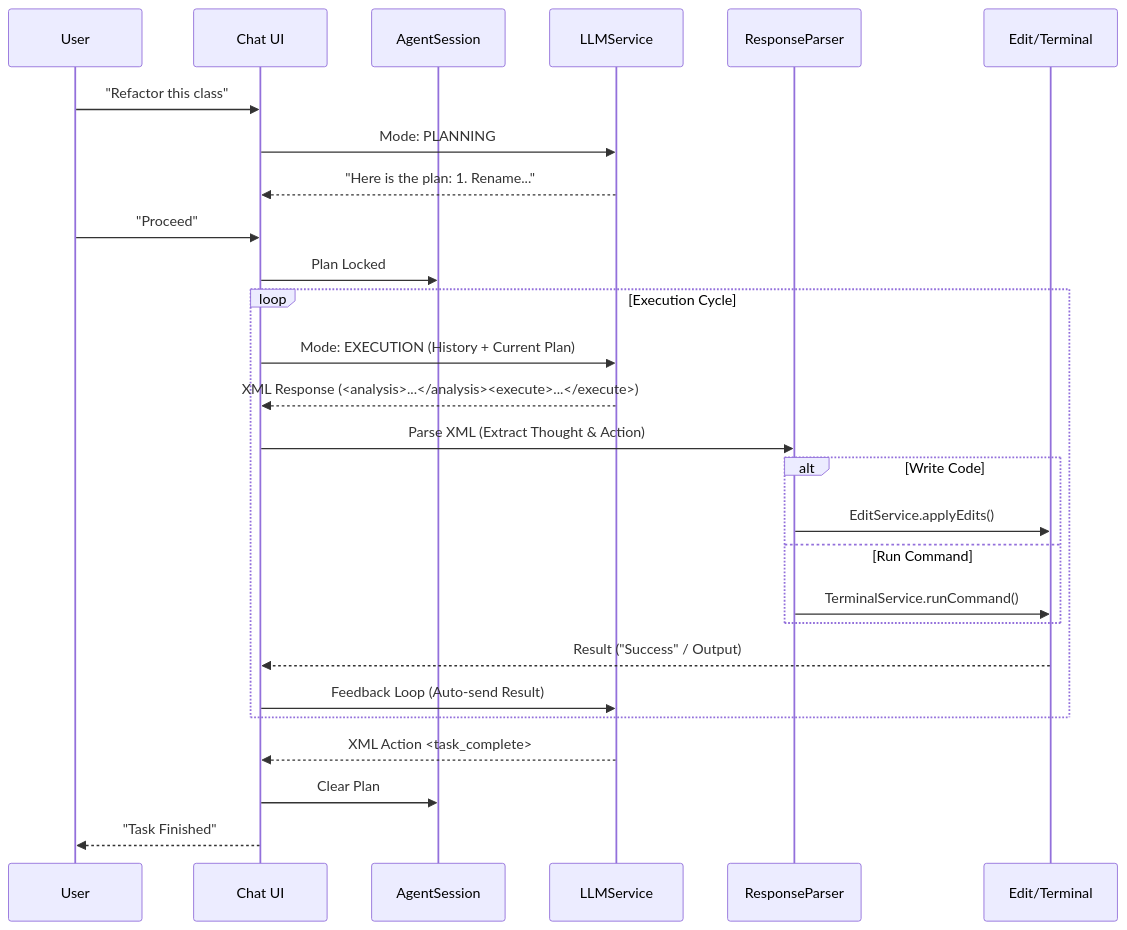
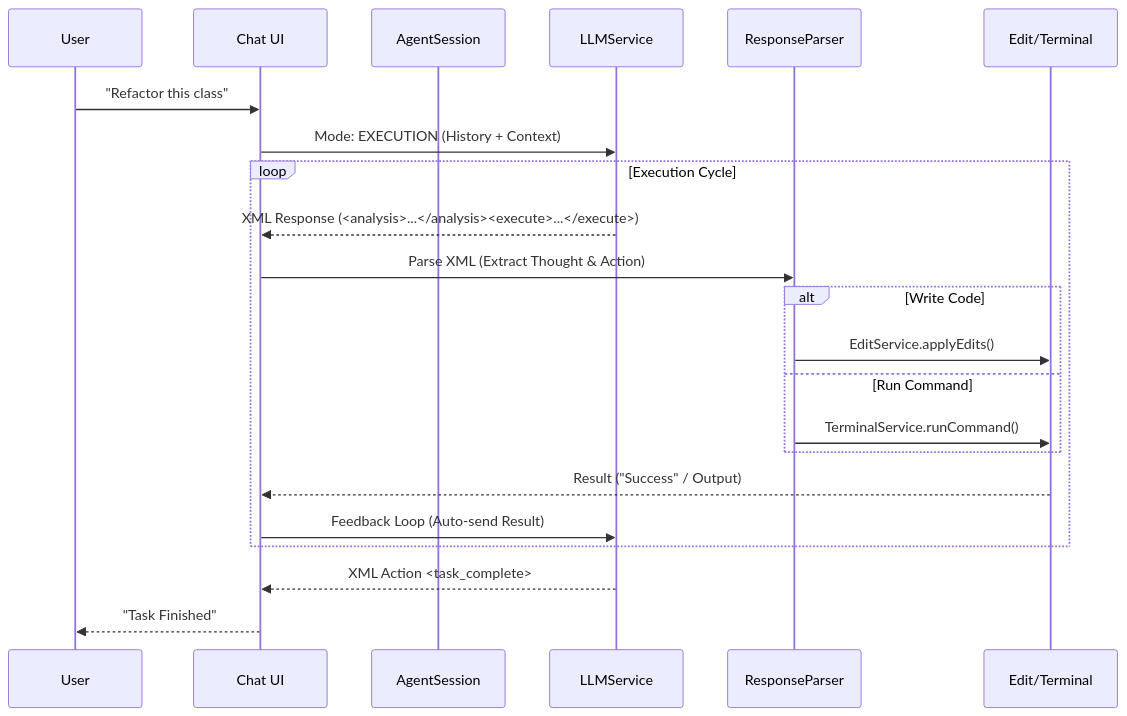
Before and after one commit to Foxomax/ronin: the second of 2 diagrams in README.md, drawn with Mermaid. The commit also changed other lines of this file, not shown here.

Commit message:
Update README to reflect changes in Ronin's architecture and execution flow (#6)

````diff
--- a/README.md
+++ b/README.md
@@ -108,36 +96,30 @@
 ```mermaid
 sequenceDiagram
     participant User
     participant UI as Chat UI
     participant Agent as AgentSession
     participant LLM as LLMService
     participant Parser as ResponseParser
     participant Tools as Edit/Terminal
 
     User->>UI: "Refactor this class"
-    UI->>LLM: Mode: PLANNING
-    LLM-->>UI: "Here is the plan: 1. Rename..."
-    
-    User->>UI: "Proceed"
-    UI->>Agent: Plan Locked
+    UI->>LLM: Mode: EXECUTION (History + Context)
     
     loop Execution Cycle
-        UI->>LLM: Mode: EXECUTION (History + Current Plan)
         LLM-->>UI: XML Response (<analysis>...</analysis><execute>...</execute>)
         
         UI->>Parser: Parse XML (Extract Thought & Action)
         
         alt Write Code
             Parser->>Tools: EditService.applyEdits()
         else Run Command
             Parser->>Tools: TerminalService.runCommand()
         end
         
         Tools-->>UI: Result ("Success" / Output)
         UI->>LLM: Feedback Loop (Auto-send Result)
     end
     
     LLM-->>UI: XML Action <task_complete>
-    UI->>Agent: Clear Plan
     UI-->>User: "Task Finished"
 ```
````
